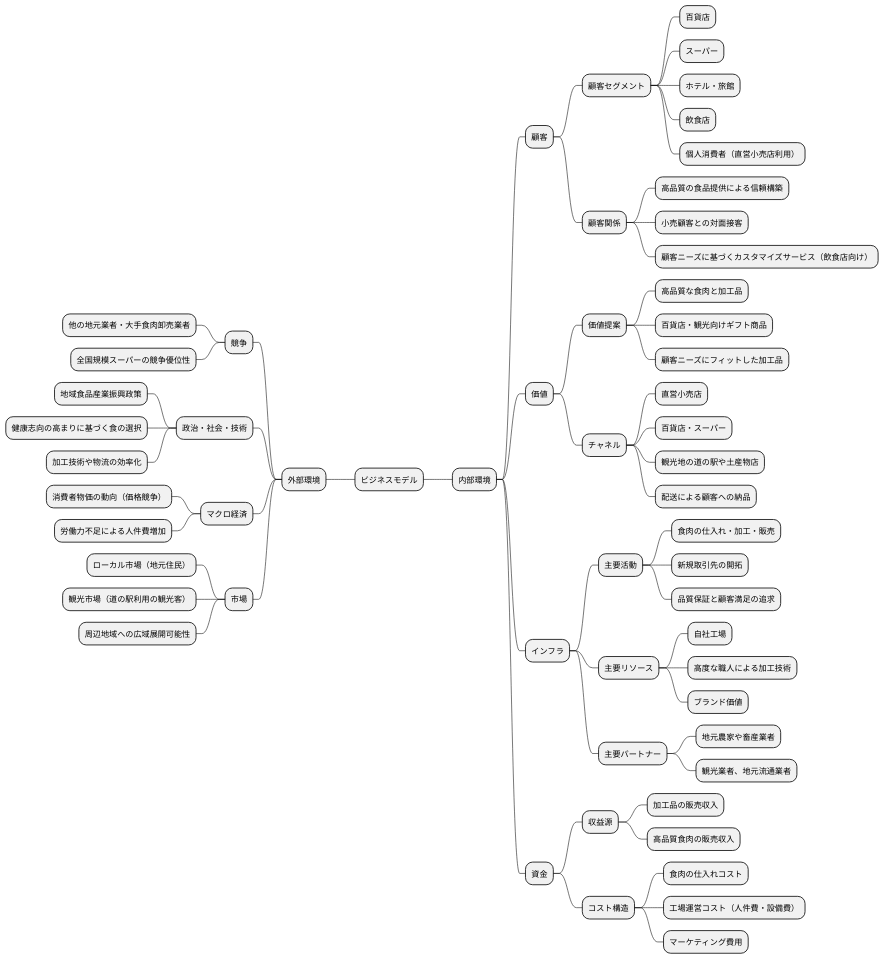
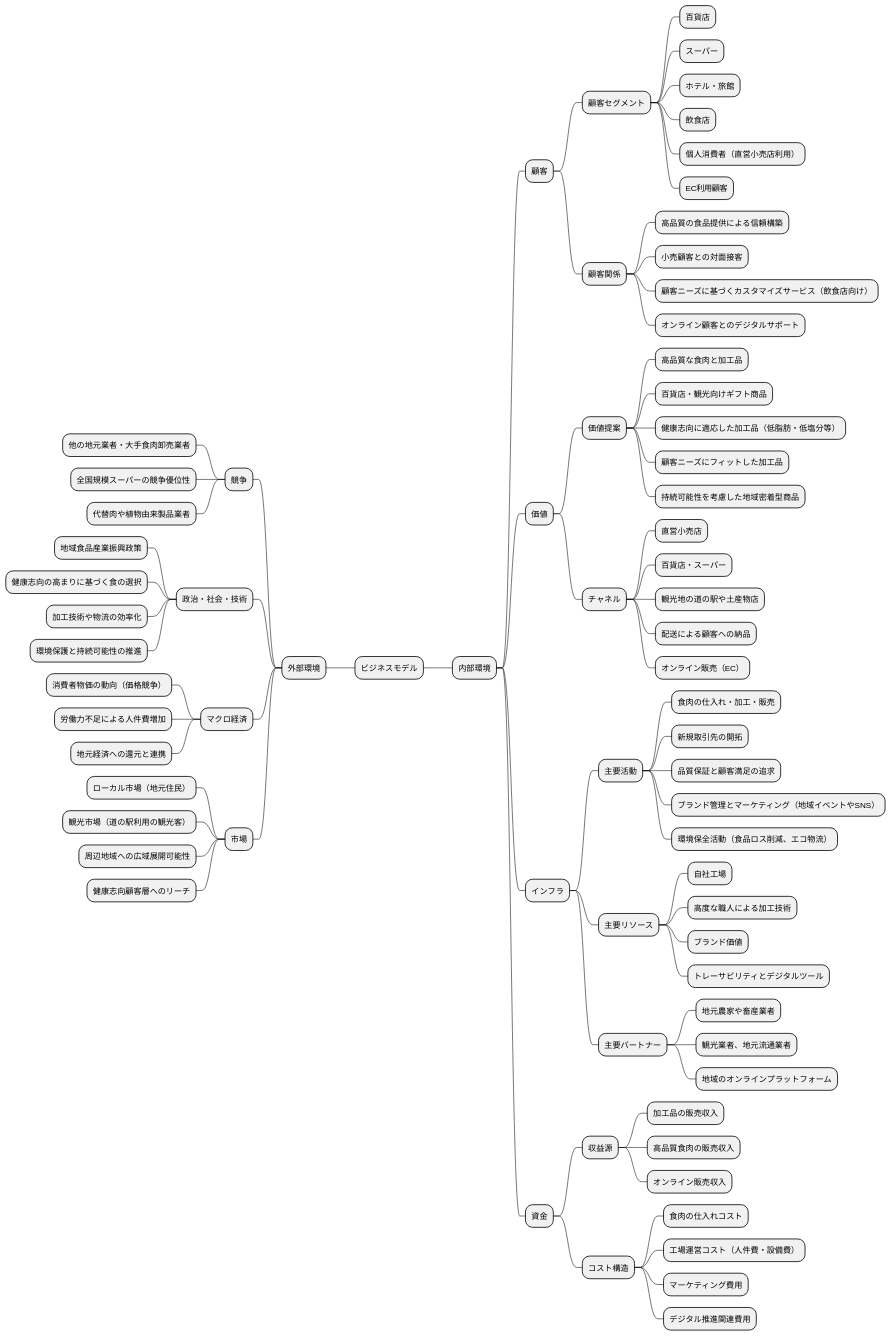
The second of 19 diagrams in docs/case/r04_case_2.adoc (k2works/case-study-business-analysis), drawn with PlantUML before and after one commit. The commit also changed other lines of this file, not shown here.

```diff
--- a/docs/case/r04_case_2.adoc
+++ b/docs/case/r04_case_2.adoc
@@ -78,66 +78,80 @@
 [plantuml]
 ----
 @startmindmap
-
 * ビジネスモデル
 ** 内部環境
 *** 顧客
 **** 顧客セグメント
 ***** 百貨店
 ***** スーパー
 ***** ホテル・旅館
 ***** 飲食店
 ***** 個人消費者（直営小売店利用）
+***** EC利用顧客
 **** 顧客関係
 ***** 高品質の食品提供による信頼構築
 ***** 小売顧客との対面接客
 ***** 顧客ニーズに基づくカスタマイズサービス（飲食店向け）
+***** オンライン顧客とのデジタルサポート
 *** 価値
 **** 価値提案
 ***** 高品質な食肉と加工品
 ***** 百貨店・観光向けギフト商品
+***** 健康志向に適応した加工品（低脂肪・低塩分等）
 ***** 顧客ニーズにフィットした加工品
+***** 持続可能性を考慮した地域密着型商品
 **** チャネル
 ***** 直営小売店
 ***** 百貨店・スーパー
 ***** 観光地の道の駅や土産物店
 ***** 配送による顧客への納品
+***** オンライン販売（EC）
 *** インフラ
 **** 主要活動
 ***** 食肉の仕入れ・加工・販売
 ***** 新規取引先の開拓
 ***** 品質保証と顧客満足の追求
+***** ブランド管理とマーケティング（地域イベントやSNS）
+***** 環境保全活動（食品ロス削減、エコ物流）
 **** 主要リソース
 ***** 自社工場
 ***** 高度な職人による加工技術
 ***** ブランド価値
+***** トレーサビリティとデジタルツール
 **** 主要パートナー
 ***** 地元農家や畜産業者
 ***** 観光業者、地元流通業者
+***** 地域のオンラインプラットフォーム
 *** 資金
 **** 収益源
 ***** 加工品の販売収入
 ***** 高品質食肉の販売収入
+***** オンライン販売収入
 **** コスト構造
 ***** 食肉の仕入れコスト
 ***** 工場運営コスト（人件費・設備費）
 ***** マーケティング費用
+***** デジタル推進関連費用
 left side
 ** 外部環境
 *** 競争
 **** 他の地元業者・大手食肉卸売業者
 **** 全国規模スーパーの競争優位性
+**** 代替肉や植物由来製品業者
 *** 政治・社会・技術
 **** 地域食品産業振興政策
 **** 健康志向の高まりに基づく食の選択
 **** 加工技術や物流の効率化
+**** 環境保護と持続可能性の推進
 *** マクロ経済
 **** 消費者物価の動向（価格競争）
 **** 労働力不足による人件費増加
+**** 地元経済への還元と連携
 *** 市場
 **** ローカル市場（地元住民）
 **** 観光市場（道の駅利用の観光客）
 **** 周辺地域への広域展開可能性
+**** 健康志向顧客層へのリーチ
 
 @endmindmap
 ----
```
